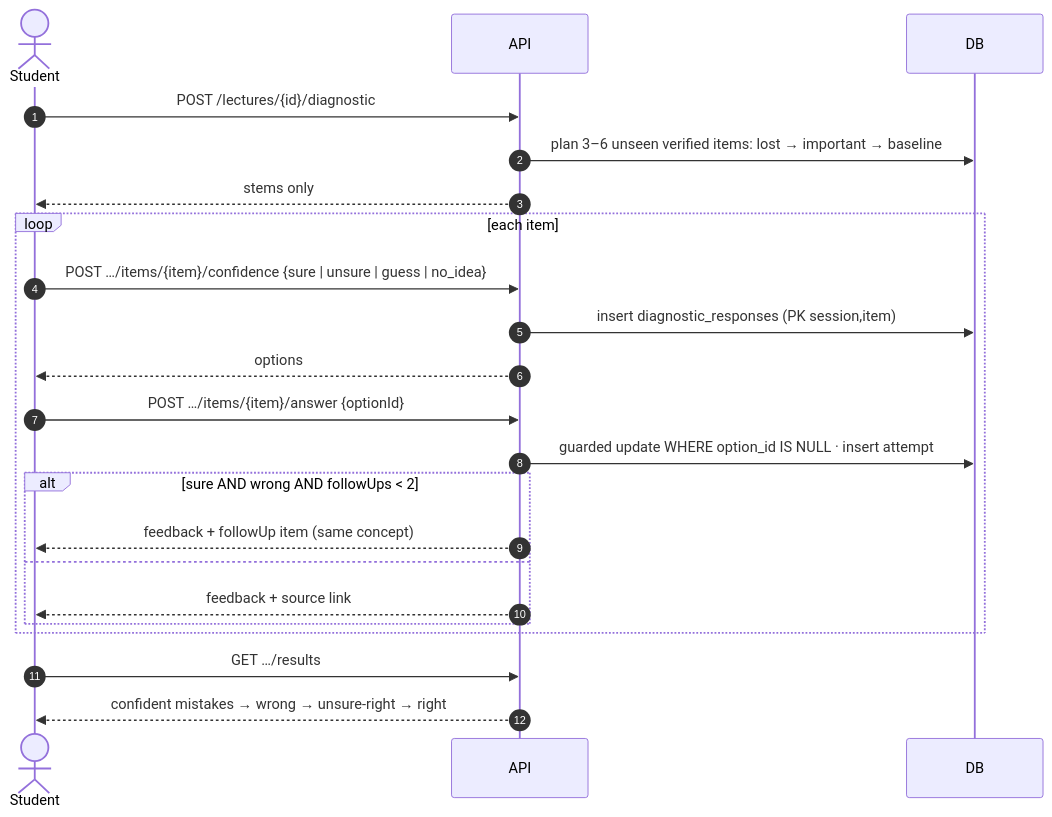
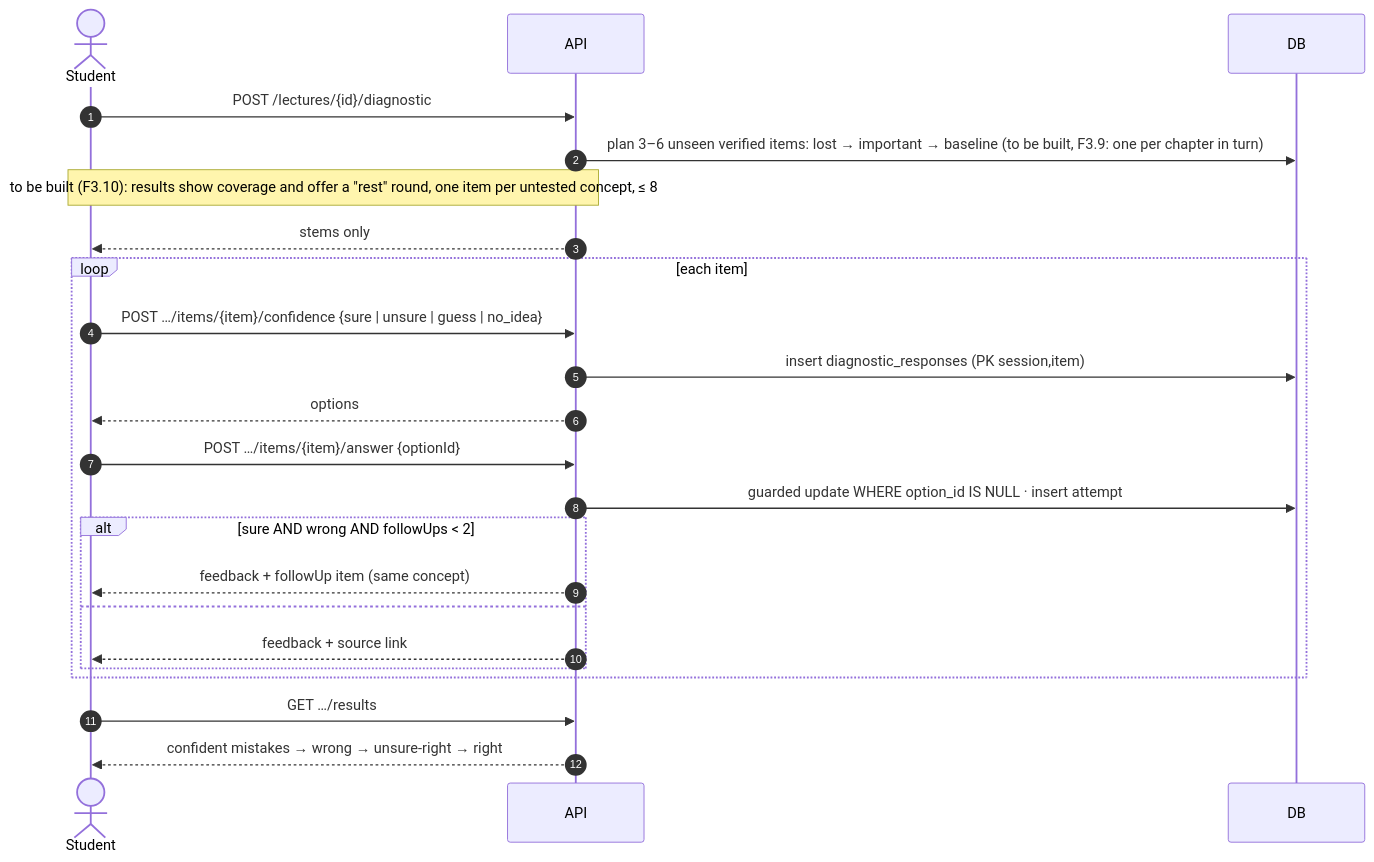
One commit to adamchok/Lectheo changed the fifth of 6 diagrams in docs/Lectheo Architecture.md. Above: the diagram before and after it, drawn with Mermaid. The commit also changed 4 other files, not shown here.

Commit message:
docs: spec diagnostic coverage (baseline across chapters, test the rest)

````diff
--- a/docs/Lectheo Architecture.md
+++ b/docs/Lectheo Architecture.md
@@ -237,25 +237,26 @@
 ```mermaid
 sequenceDiagram
     autonumber
     actor S as Student
     participant API
     participant DB
 
     S->>API: POST /lectures/{id}/diagnostic
-    API->>DB: plan 3–6 unseen verified items: lost → important → baseline
+    API->>DB: plan 3–6 unseen verified items: lost → important → baseline (to be built, F3.9: one per chapter in turn)
+    Note over S,API: to be built (F3.10): results show coverage and offer a "rest" round, one item per untested concept, ≤ 8
     API-->>S: stems only
     loop each item
         S->>API: POST …/items/{item}/confidence {sure | unsure | guess | no_idea}
         API->>DB: insert diagnostic_responses (PK session,item)
         API-->>S: options
         S->>API: POST …/items/{item}/answer {optionId}
         API->>DB: guarded update WHERE option_id IS NULL · insert attempt
         alt sure AND wrong AND followUps < 2
             API-->>S: feedback + followUp item (same concept)
         else
             API-->>S: feedback + source link
         end
     end
     S->>API: GET …/results
     API-->>S: confident mistakes → wrong → unsure-right → right
 ```
````
